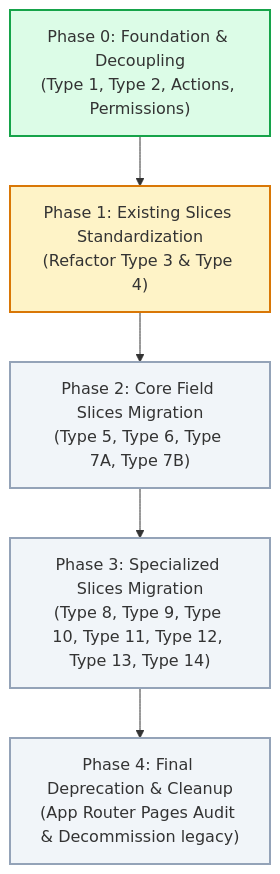
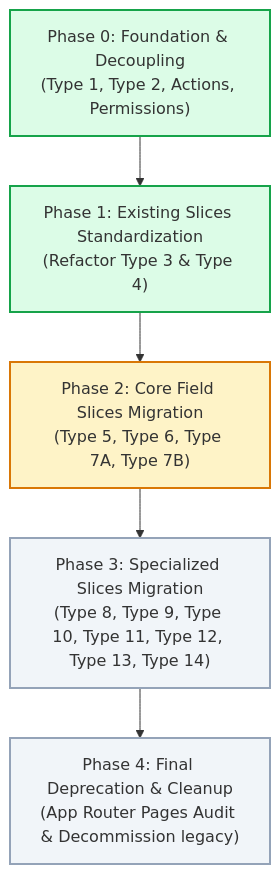
One commit to bankhk10/crm-bank changed the diagram in modules/activity/docs/ROADMAP.md. Above: the diagram before and after it, drawn with Mermaid. The commit also changed other lines of this file and 14 other files, not shown here.

````diff
--- a/modules/activity/docs/ROADMAP.md
+++ b/modules/activity/docs/ROADMAP.md
@@ -25,14 +25,14 @@
 ```mermaid
 flowchart TD
     classDef done fill:#dcfce7,stroke:#16a34a,stroke-width:2px;
     classDef current fill:#fef3c7,stroke:#d97706,stroke-width:2px;
     classDef pending fill:#f1f5f9,stroke:#94a3b8,stroke-width:2px;
 
     P0["Phase 0: Foundation & Decoupling<br/>(Type 1, Type 2, Actions, Permissions)"]:::done
-    P1["Phase 1: Existing Slices Standardization<br/>(Refactor Type 3 & Type 4)"]:::current
-    P2["Phase 2: Core Field Slices Migration<br/>(Type 5, Type 6, Type 7A, Type 7B)"]:::pending
+    P1["Phase 1: Existing Slices Standardization<br/>(Refactor Type 3 & Type 4)"]:::done
+    P2["Phase 2: Core Field Slices Migration<br/>(Type 5, Type 6, Type 7A, Type 7B)"]:::current
     P3["Phase 3: Specialized Slices Migration<br/>(Type 8, Type 9, Type 10, Type 11, Type 12, Type 13, Type 14)"]:::pending
     P4["Phase 4: Final Deprecation & Cleanup<br/>(App Router Pages Audit & Decommission legacy)"]:::pending
 
     P0 --> P1 --> P2 --> P3 --> P4
 ```
````
